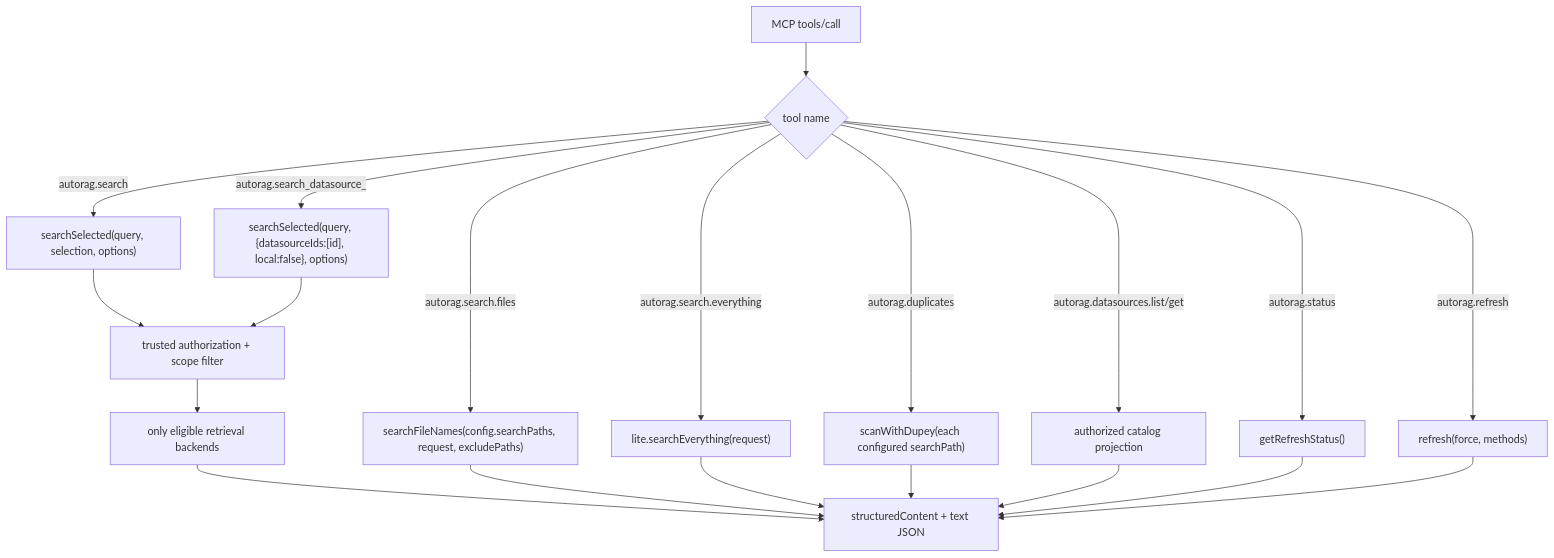
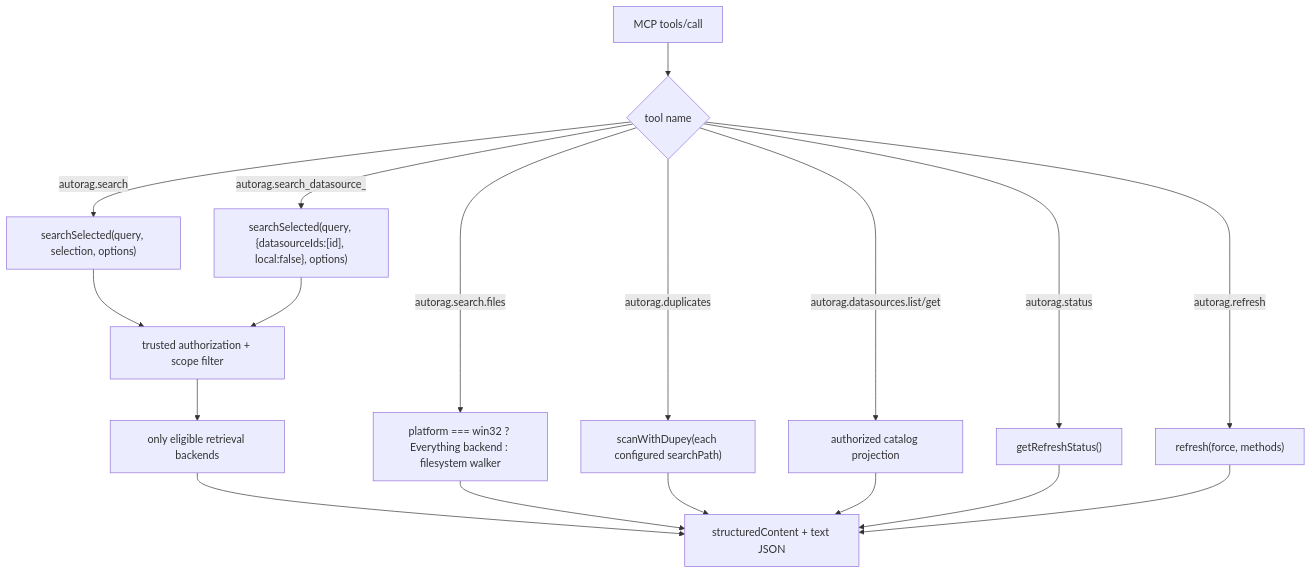
Before and after one commit to Marker-Inc-Korea/AutoRAG: the third of 7 diagrams in docs/autorag-lite-mcp-contract.md, drawn with Mermaid. The commit also changed other lines of this file and 7 other files, not shown here.

````diff
--- a/docs/autorag-lite-mcp-contract.md
+++ b/docs/autorag-lite-mcp-contract.md
@@ -108,23 +106,21 @@
 ```mermaid
 flowchart TD
     CALL["MCP tools/call"] --> NAME{"tool name"}
     NAME -->|"autorag.search"| SEARCH["searchSelected(query, selection, options)"]
     NAME -->|"autorag.search_datasource_<id>"| ONE["searchSelected(query, {datasourceIds:[id], local:false}, options)"]
-    NAME -->|"autorag.search.files"| FILE["searchFileNames(config.searchPaths, request, excludePaths)"]
-    NAME -->|"autorag.search.everything"| EVERYTHING["lite.searchEverything(request)"]
+    NAME -->|"autorag.search.files"| FILE["platform === win32 ? Everything backend : filesystem walker"]
     NAME -->|"autorag.duplicates"| DUPEY["scanWithDupey(each configured searchPath)"]
     NAME -->|"autorag.datasources.list/get"| CATALOG["authorized catalog projection"]
     NAME -->|"autorag.status"| STATUS["getRefreshStatus()"]
     NAME -->|"autorag.refresh"| REFRESH["refresh(force, methods)"]
 
     SEARCH --> AUTH["trusted authorization + scope filter"]
     ONE --> AUTH
     AUTH --> BACKENDS["only eligible retrieval backends"]
     BACKENDS --> RESULT["structuredContent + text JSON"]
     FILE --> RESULT
-    EVERYTHING --> RESULT
     DUPEY --> RESULT
     CATALOG --> RESULT
     STATUS --> RESULT
     REFRESH --> RESULT
 ```
````
